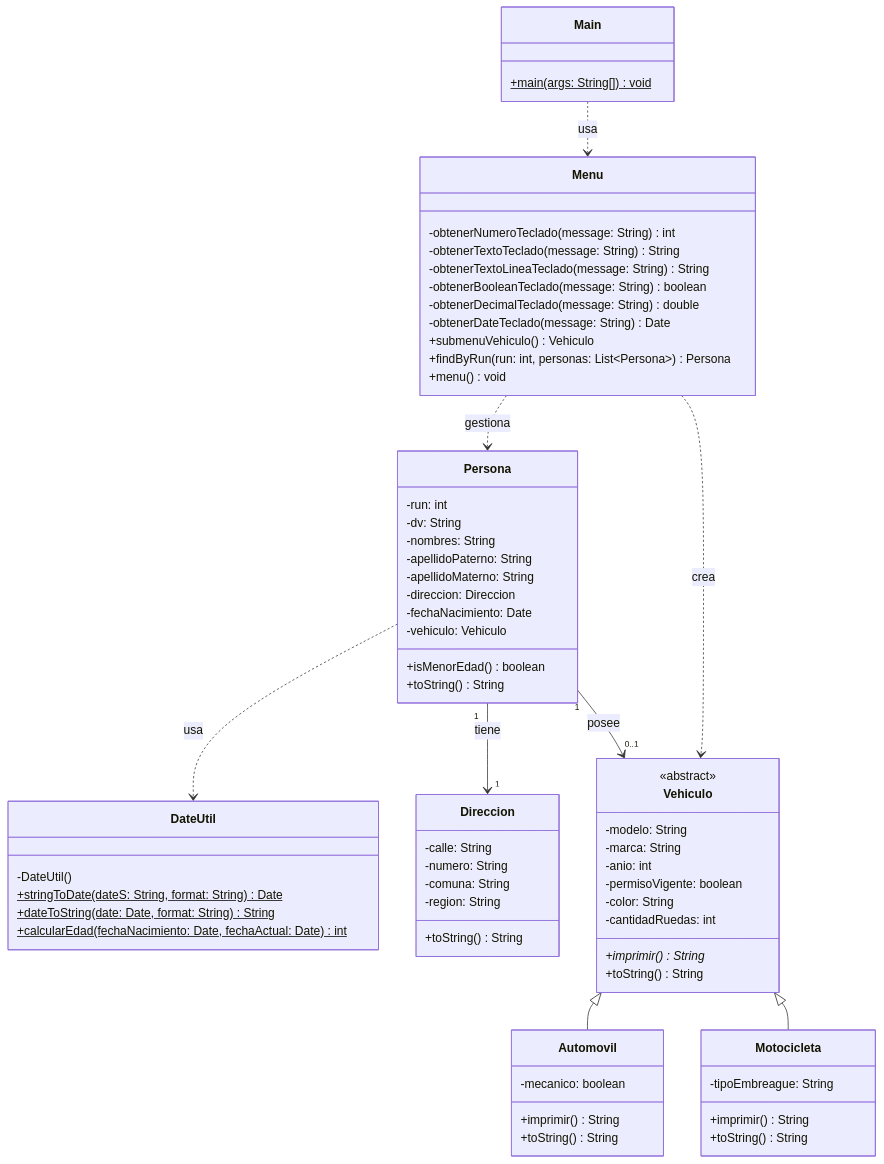
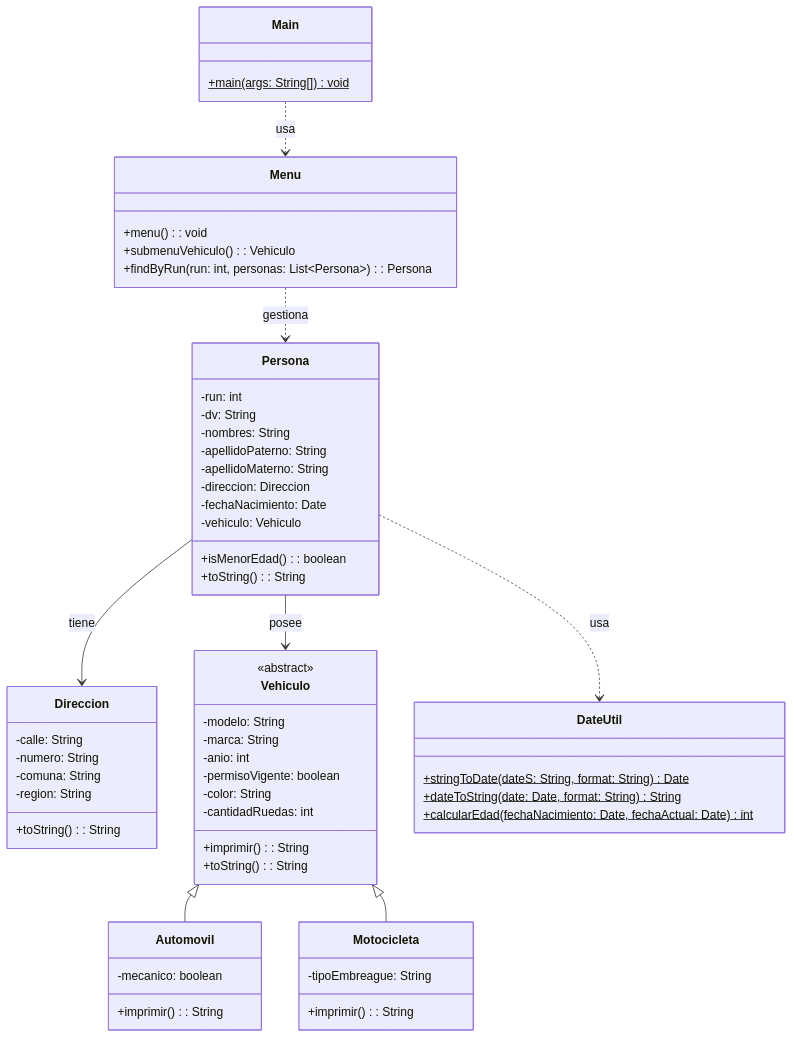
One commit to elprofecarreno/poo-fundaments changed the diagram in 14/README.md. Above: the diagram before and after it, drawn with Mermaid. The commit also changed other lines of this file and 8 other files, not shown here.

````diff
--- a/14/README.md
+++ b/14/README.md
@@ -9,18 +11,13 @@
 ```mermaid
 classDiagram
-    class DateUtil {
-        -DateUtil()
-        +stringToDate(dateS: String, format: String)$ Date
-        +dateToString(date: Date, format: String)$ String
-        +calcularEdad(fechaNacimiento: Date, fechaActual: Date)$ int
+    class Main {
+        +main(args: String[])$ void
     }
 
-    class Direccion {
-        -calle: String
-        -numero: String
-        -comuna: String
-        -region: String
-        +toString() String
+    class Menu {
+        +menu(): void
+        +submenuVehiculo(): Vehiculo
+        +findByRun(run: int, personas: List~Persona~): Persona
     }
 
     class Persona {
@@ -32,8 +29,16 @@
         -direccion: Direccion
         -fechaNacimiento: Date
         -vehiculo: Vehiculo
-        +isMenorEdad() boolean
-        +toString() String
+        +isMenorEdad(): boolean
+        +toString(): String
+    }
+
+    class Direccion {
+        -calle: String
+        -numero: String
+        -comuna: String
+        -region: String
+        +toString(): String
     }
 
     class Vehiculo {
@@ -44,49 +49,31 @@
         -permisoVigente: boolean
         -color: String
         -cantidadRuedas: int
-        +imprimir()* String
-        +toString() String
+        +imprimir(): String
+        +toString(): String
     }
 
     class Automovil {
         -mecanico: boolean
-        +imprimir() String
-        +toString() String
+        +imprimir(): String
     }
 
     class Motocicleta {
         -tipoEmbreague: String
-        +imprimir() String
-        +toString() String
+        +imprimir(): String
     }
 
-    class Menu {
-        -obtenerNumeroTeclado(message: String) int
-        -obtenerTextoTeclado(message: String) String
-        -obtenerTextoLineaTeclado(message: String) String
-        -obtenerBooleanTeclado(message: String) boolean
-        -obtenerDecimalTeclado(message: String) double
-        -obtenerDateTeclado(message: String) Date
-        +submenuVehiculo() Vehiculo
-        +findByRun(run: int, personas: List~Persona~) Persona
-        +menu() void
+    class DateUtil {
+        +stringToDate(dateS: String, format: String)$ Date
+        +dateToString(date: Date, format: String)$ String
+        +calcularEdad(fechaNacimiento: Date, fechaActual: Date)$ int
     }
 
-    class Main {
-        +main(args: String[])$ void
-    }
-
-    %% Relaciones de Herencia
     Vehiculo <|-- Automovil
     Vehiculo <|-- Motocicleta
-
-    %% Relaciones de Asociación / Composición
-    Persona "1" --> "1" Direccion : tiene
-    Persona "1" --> "0..1" Vehiculo : posee
-
-    %% Relaciones de Dependencia
+    Persona --> Direccion : tiene
+    Persona --> Vehiculo : posee
     Main ..> Menu : usa
     Menu ..> Persona : gestiona
-    Menu ..> Vehiculo : crea
     Persona ..> DateUtil : usa
 ```
````
